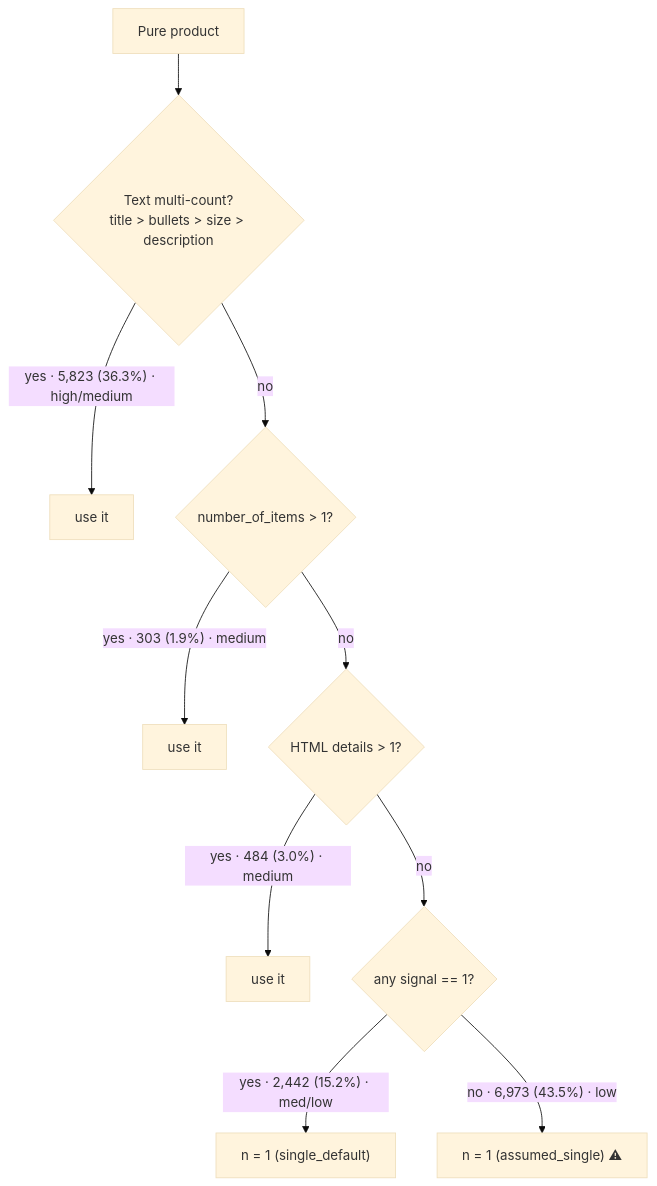
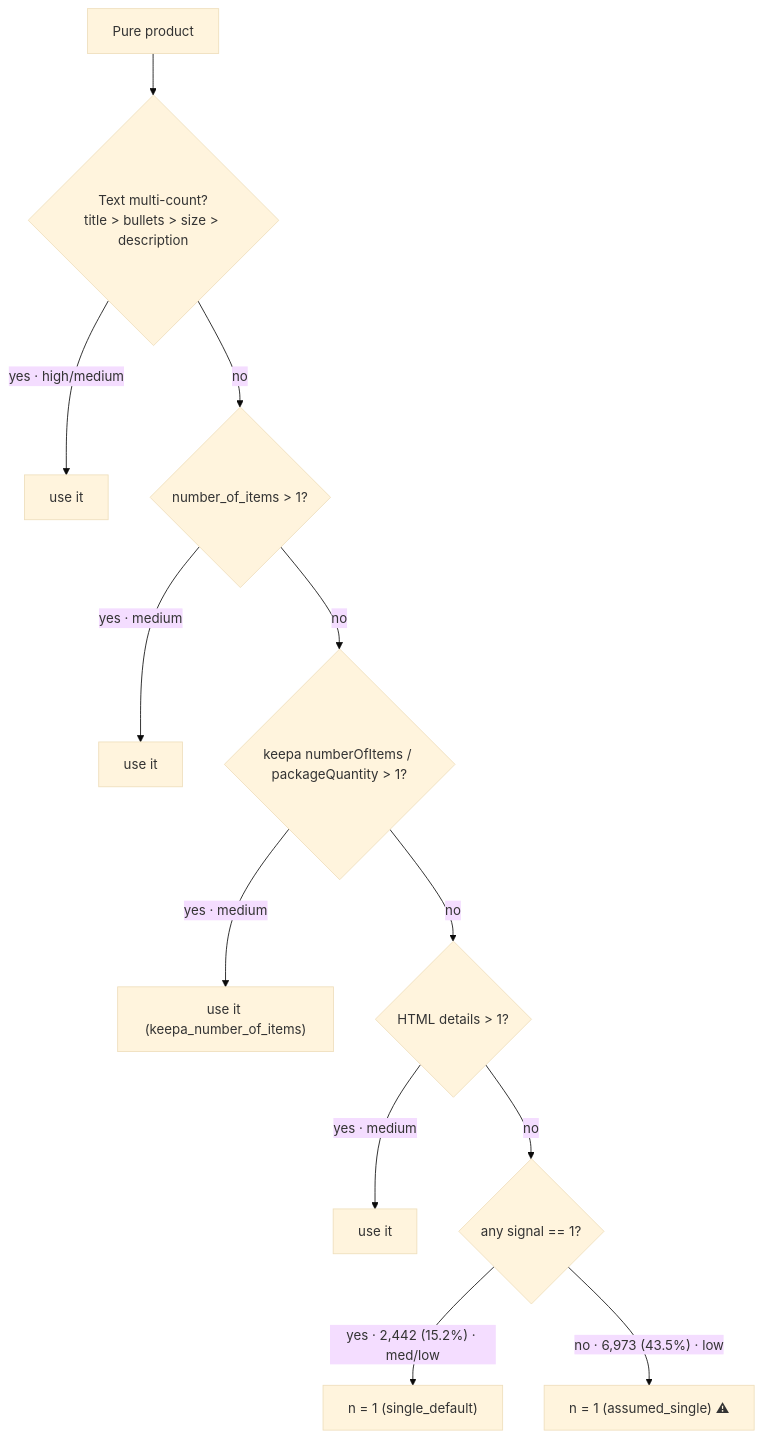
The second of 2 diagrams in README.md (skycosmos/bath-bombs), drawn with Mermaid (base theme) before and after one commit. The commit also changed other lines of this file and 15 other files, not shown here.

````diff
--- a/README.md
+++ b/README.md
@@ -93,12 +93,14 @@
 ```mermaid
 flowchart TD
   S["Pure product"] --> L1{"Text multi-count?<br/>title &gt; bullets &gt; size &gt; description"}
-  L1 -->|"yes · 5,823 (36.3%) · high/medium"| C1["use it"]
+  L1 -->|"yes · high/medium"| C1["use it"]
   L1 -->|no| L2{"number_of_items &gt; 1?"}
-  L2 -->|"yes · 303 (1.9%) · medium"| C2["use it"]
-  L2 -->|no| L3{"HTML details &gt; 1?"}
-  L3 -->|"yes · 484 (3.0%) · medium"| C3["use it"]
+  L2 -->|"yes · medium"| C2["use it"]
+  L2 -->|no| L2b{"keepa numberOfItems / packageQuantity &gt; 1?"}
+  L2b -->|"yes · medium"| C2b["use it (keepa_number_of_items)"]
+  L2b -->|no| L3{"HTML details &gt; 1?"}
+  L3 -->|"yes · medium"| C3["use it"]
   L3 -->|no| L4{"any signal == 1?"}
   L4 -->|"yes · 2,442 (15.2%) · med/low"| C4["n = 1 (single_default)"]
   L4 -->|"no · 6,973 (43.5%) · low"| C5["n = 1 (assumed_single) ⚠"]
 ```
````
